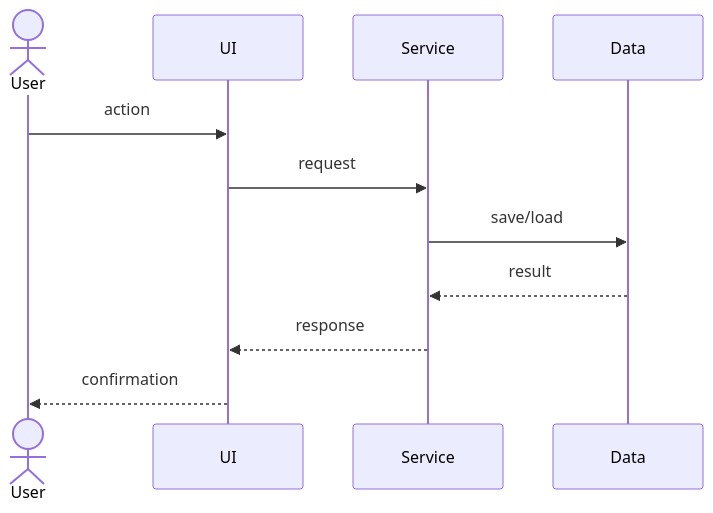
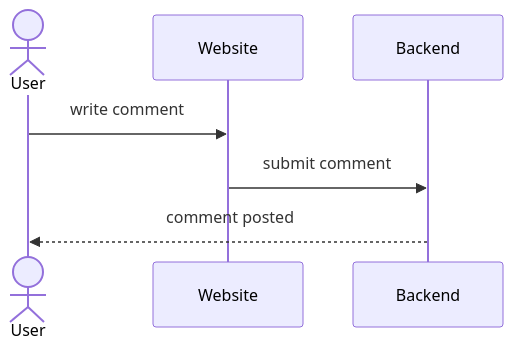
Before and after one commit to YousufTheSWE/cen5064-project-habouh: the fourth of 4 diagrams in README.md, drawn with Mermaid. The commit also changed other lines of this file, not shown here.

Commit message:
L2 studio: C4 + class diagram

````diff
--- a/README.md
+++ b/README.md
@@ -75,14 +99,10 @@
 ```mermaid
-%% Sequence diagram: ONE core use case, end to end.
 sequenceDiagram
     actor U as User
-    participant UI
-    participant S as Service
-    participant D as Data
-    U->>UI: action
-    UI->>S: request
-    S->>D: save/load
-    D-->>S: result
-    S-->>UI: response
-    UI-->>U: confirmation
+    participant UI as Website
+    participant S as Backend
+
+    U->>UI: write comment
+    UI->>S: submit comment
+    S-->>U: comment posted
 ```
````
